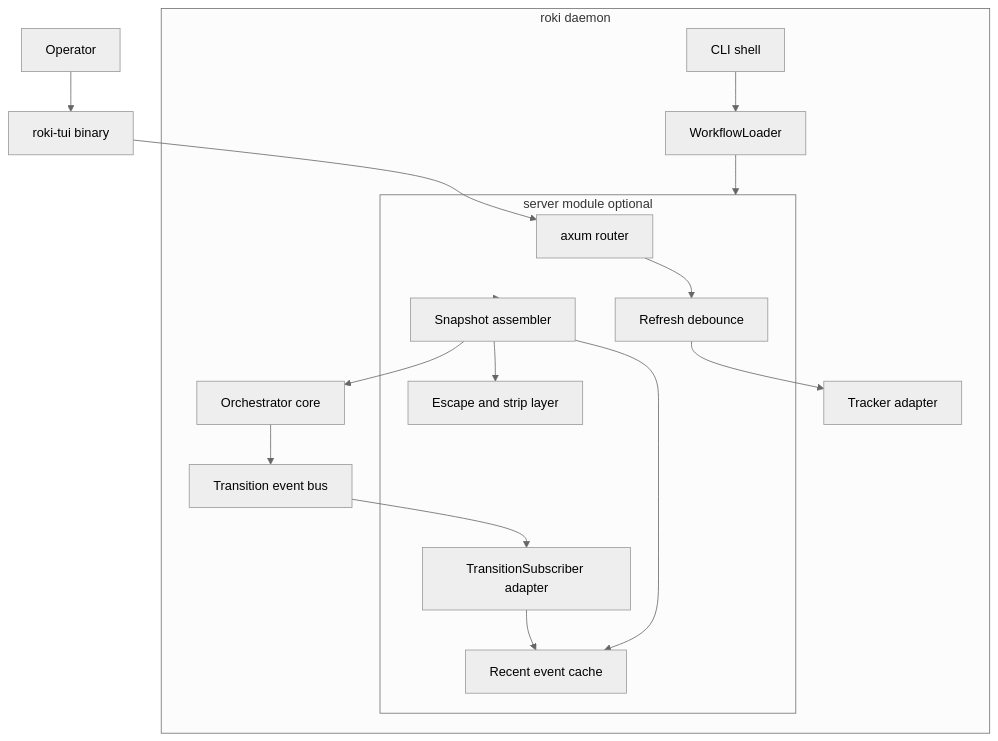
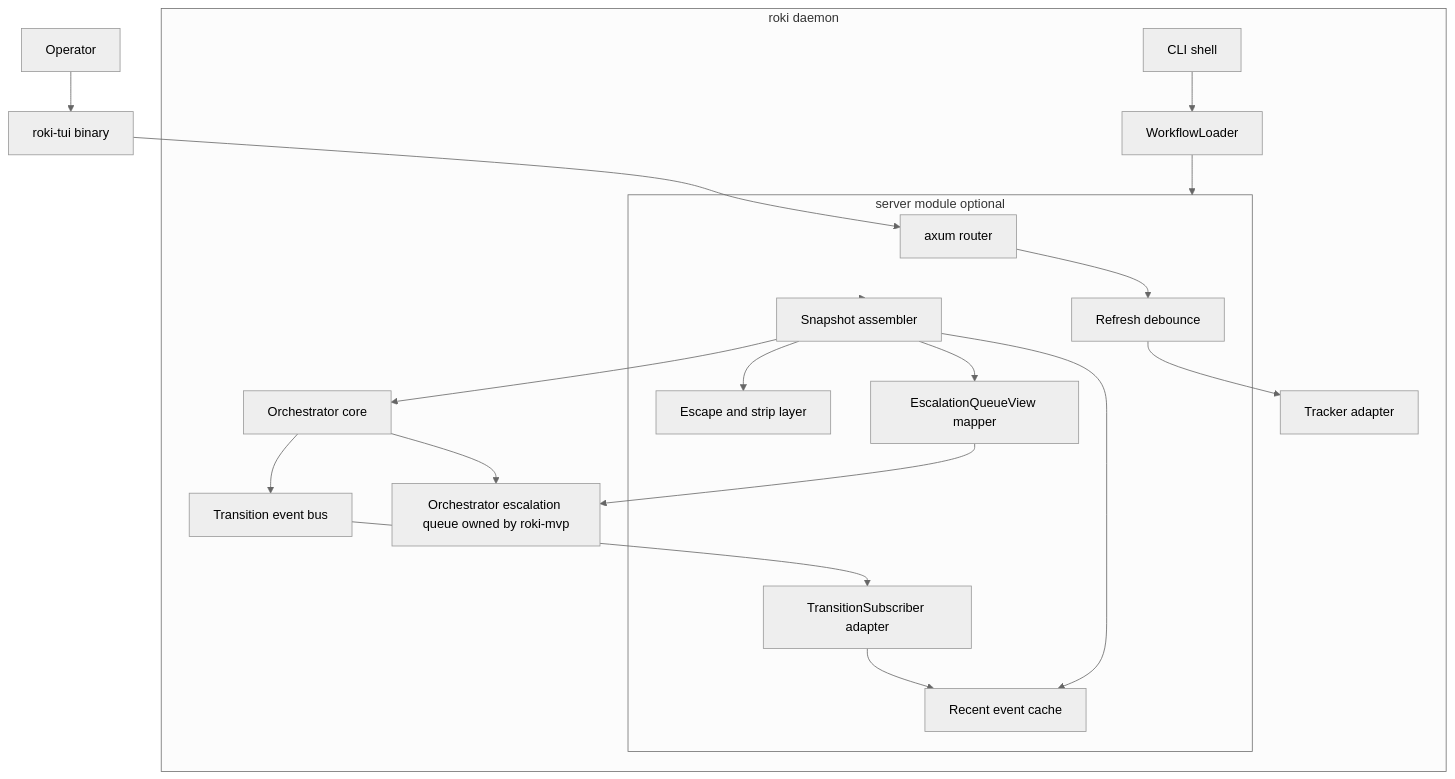
One commit to reedom/roki changed the first of 4 diagrams in .kiro/specs/roki-observability/design.md. Above: the diagram before and after it, drawn with Mermaid (neutral theme). The commit also changed other lines of this file and 5 other files, not shown here.

First line of the commit message:
spec(roki-observability): replace symphony-compat with stable versioned schema

````diff
--- a/.kiro/specs/roki-observability/design.md
+++ b/.kiro/specs/roki-observability/design.md
@@ -70,36 +78,41 @@
 ```mermaid
 graph TB
     Operator[Operator]
     Tui[roki-tui binary]
 
     subgraph Daemon[roki daemon]
         Cli[CLI shell]
         Workflow[WorkflowLoader]
         Orchestrator[Orchestrator core]
+        EscQ[Orchestrator escalation queue owned by roki-mvp]
         EventBus[Transition event bus]
         Tracker[Tracker adapter]
 
         subgraph Server[server module optional]
             Router[axum router]
             Snapshot[Snapshot assembler]
             Escape[Escape and strip layer]
             EventCache[Recent event cache]
+            EscView[EscalationQueueView mapper]
             RefreshDebounce[Refresh debounce]
             Subscriber[TransitionSubscriber adapter]
         end
     end
 
     Cli --> Workflow
     Workflow --> Server
     Orchestrator --> EventBus
+    Orchestrator --> EscQ
     EventBus --> Subscriber
     Subscriber --> EventCache
     Server --> Snapshot
     Snapshot --> Orchestrator
     Snapshot --> EventCache
+    Snapshot --> EscView
+    EscView --> EscQ
     Snapshot --> Escape
     Router --> RefreshDebounce
     RefreshDebounce --> Tracker
     Tui --> Router
     Operator --> Tui
 ```
````
